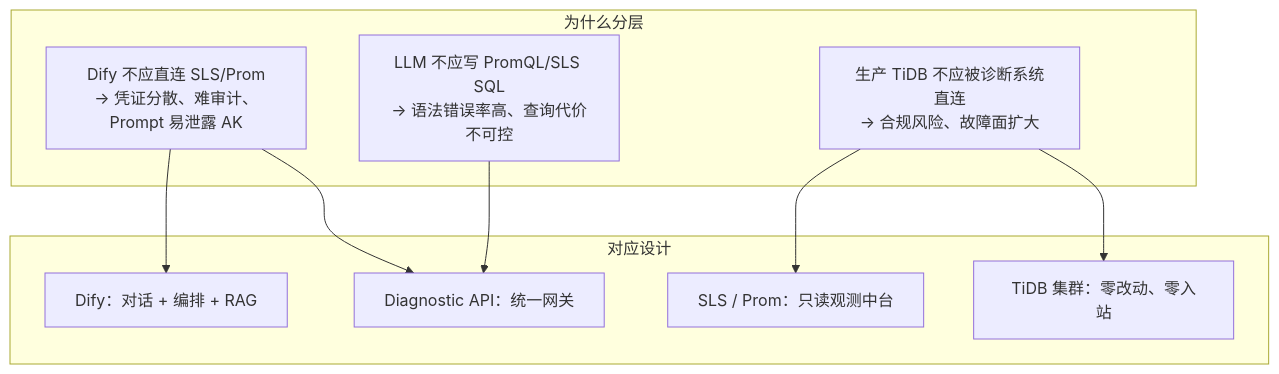
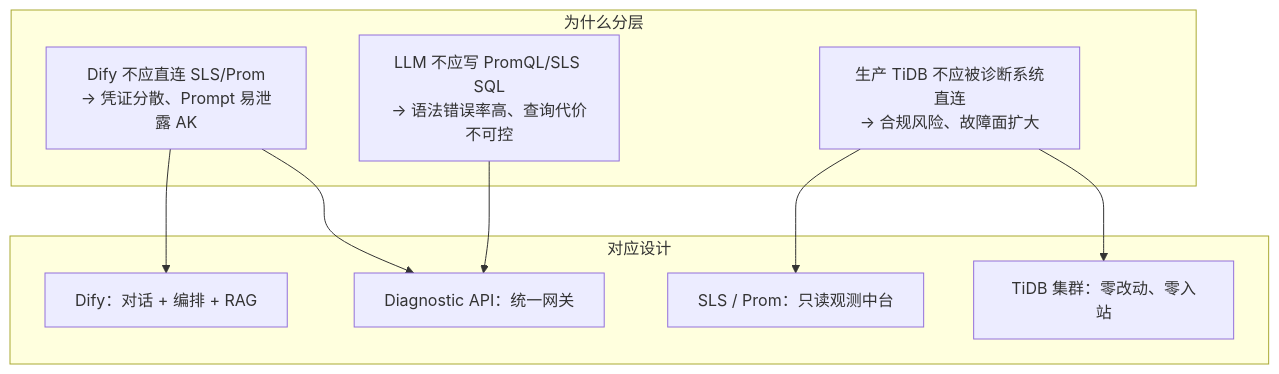
Before and after one commit to yangzhengjie/tidb-diag: the second of 10 diagrams in docs/tidb-diag-agent-technical-design.md, drawn with Mermaid. The commit also changed other lines of this file and 1 other file, not shown here.

````diff
--- a/docs/tidb-diag-agent-technical-design.md
+++ b/docs/tidb-diag-agent-technical-design.md
@@ -104,21 +101,21 @@
 ```mermaid
 flowchart TB
     subgraph Why["为什么分层"]
-        Q1["Dify 不应直连 SLS/Prom<br/>→ 凭证分散、难审计、Prompt 易泄露 AK"]
+        Q1["Dify 不应直连 SLS/Prom<br/>→ 凭证分散、Prompt 易泄露 AK"]
         Q2["LLM 不应写 PromQL/SLS SQL<br/>→ 语法错误率高、查询代价不可控"]
         Q3["生产 TiDB 不应被诊断系统直连<br/>→ 合规风险、故障面扩大"]
     end
 
     subgraph How["对应设计"]
         A["Dify：对话 + 编排 + RAG"]
         B["Diagnostic API：统一网关"]
         C["SLS / Prom：只读观测中台"]
         D["TiDB 集群：零改动、零入站"]
     end
 
     Q1 --> A
     Q1 --> B
     Q2 --> B
     Q3 --> C
     Q3 --> D
 ```
````
